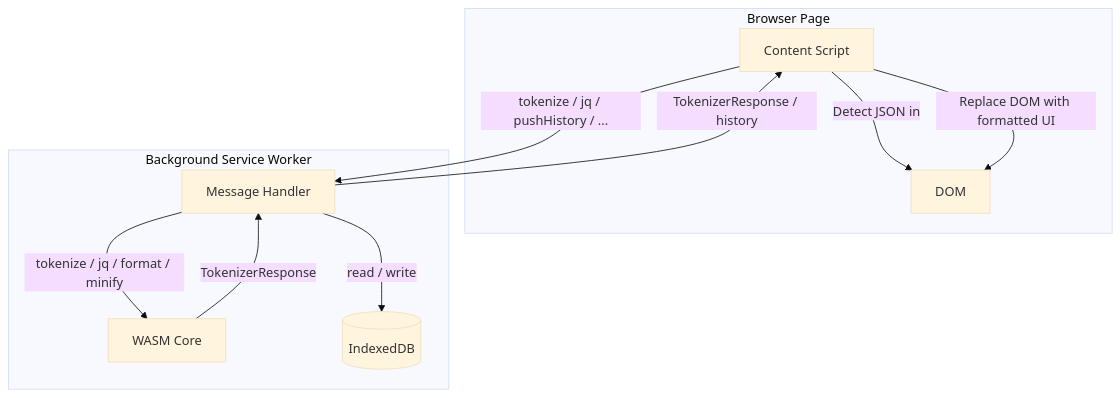
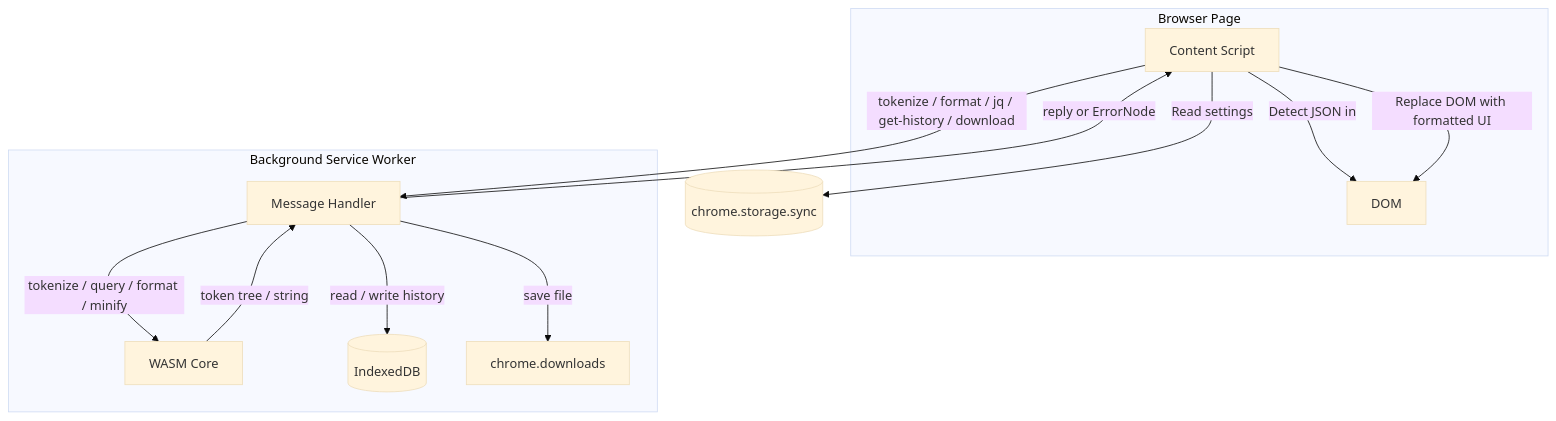
Before and after one commit to evg4b/modern-json-formatter: the first of 4 diagrams in CONTRIBUTING.md, drawn with Mermaid (base theme). The commit also changed other lines of this file and 20 other files, not shown here.

````diff
--- a/CONTRIBUTING.md
+++ b/CONTRIBUTING.md
@@ -118,21 +118,26 @@
 ```mermaid
 flowchart TD
   subgraph Page["Browser Page"]
     Dom[DOM]
     CS[Content Script]
   end
 
   subgraph BG["Background Service Worker"]
     Handler[Message Handler]
     Wasm[WASM Core]
     IDB[(IndexedDB)]
+    Downloads[chrome.downloads]
   end
+
+  Storage[(chrome.storage.sync)]
 
   CS -->|Detect JSON in| Dom
   CS -->|Replace DOM with formatted UI| Dom
-  CS -->|" tokenize / jq / pushHistory / ... "| Handler
-  Handler -->|tokenize / jq / format / minify| Wasm
-  Wasm -->|TokenizerResponse| Handler
-  Handler -->|read / write| IDB
-  Handler -->|TokenizerResponse / history| CS
+  CS -->|Read settings| Storage
+  CS -->|" tokenize / format / jq / get-history / download "| Handler
+  Handler -->|tokenize / query / format / minify| Wasm
+  Wasm -->|token tree / string| Handler
+  Handler -->|read / write history| IDB
+  Handler -->|save file| Downloads
+  Handler -->|reply or ErrorNode| CS
 ```
````
